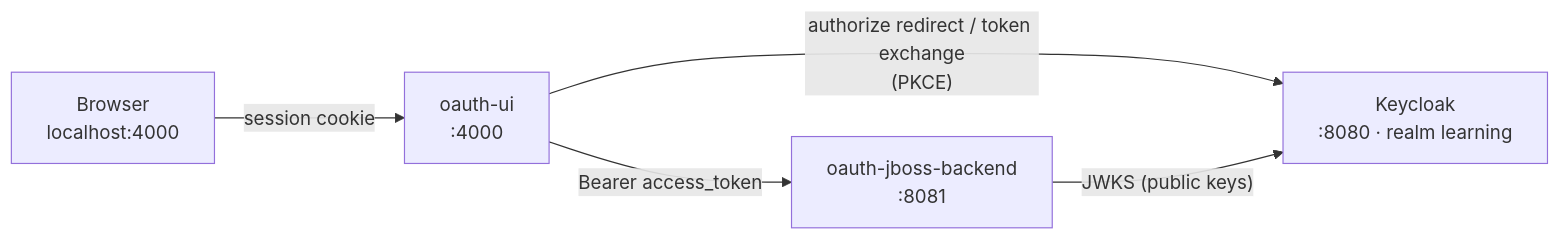
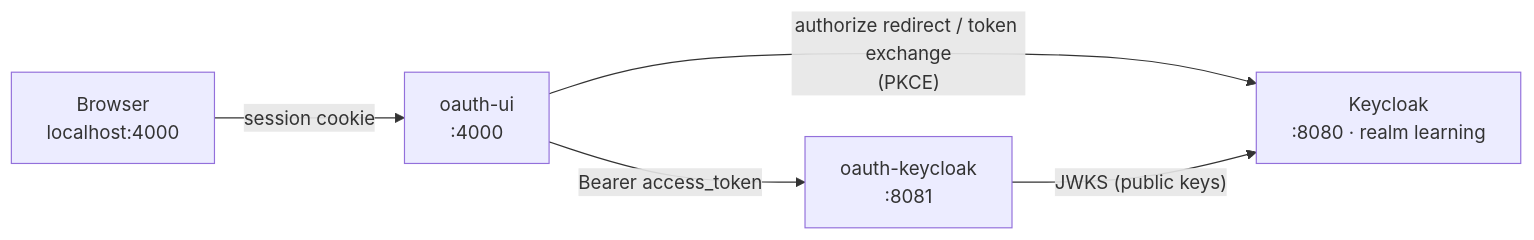
The first of 2 diagrams in oauth-ui/README.md (himnay/learning-oauth), drawn with Mermaid before and after one commit. The commit also changed other lines of this file and 17 other files, not shown here.

First line of the commit message:
refactor: rename oauth-jboss-backend to oauth-keycloak

````diff
--- a/oauth-ui/README.md
+++ b/oauth-ui/README.md
@@ -35,7 +35,7 @@
 ```mermaid
 flowchart LR
     B["Browser<br/>localhost:4000"] -- "session cookie" --> N["oauth-ui<br/>:4000"]
     N -- "authorize redirect / token exchange<br/>(PKCE)" --> K["Keycloak<br/>:8080 · realm learning"]
-    N -- "Bearer access_token" --> A["oauth-jboss-backend<br/>:8081"]
+    N -- "Bearer access_token" --> A["oauth-keycloak<br/>:8081"]
     A -- "JWKS (public keys)" --> K
 ```
````
